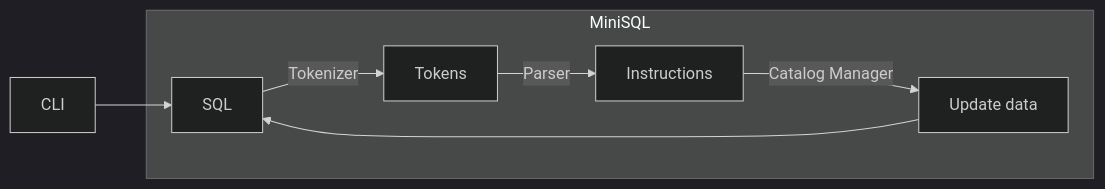
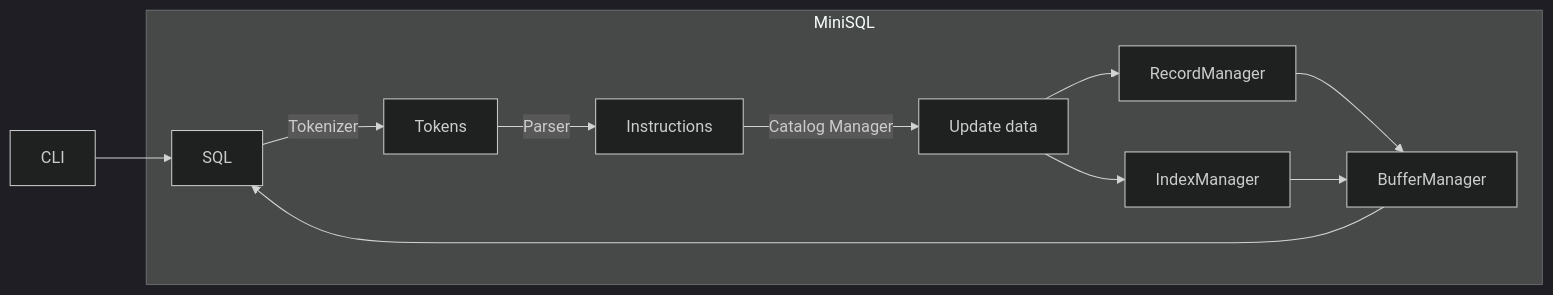
Before and after one commit to coalgebra/MiniSQL-ts: the diagram in MiniSQL-ts/doc/MiniSQL 实验报告.md, drawn with Mermaid (dark theme). The commit also changed other lines of this file and 25 other files, not shown here.

````diff
--- a/MiniSQL-ts/doc/MiniSQL 实验报告.md
+++ b/MiniSQL-ts/doc/MiniSQL 实验报告.md
@@ -21,10 +19,14 @@
 ```mermaid
 graph LR
 	A[CLI] --> B
 	subgraph MiniSQL
 	B[SQL] -->|Tokenizer| C[Tokens]
 	C -->|Parser| D[Instructions]
 	D -->|Catalog Manager| E[Update data] 
-	E --> B
+	E --> F[RecordManager]
+	E --> G[IndexManager]
+	F --> H[BufferManager]
+	G --> H
+	H --> B
 	end
 ```
````
